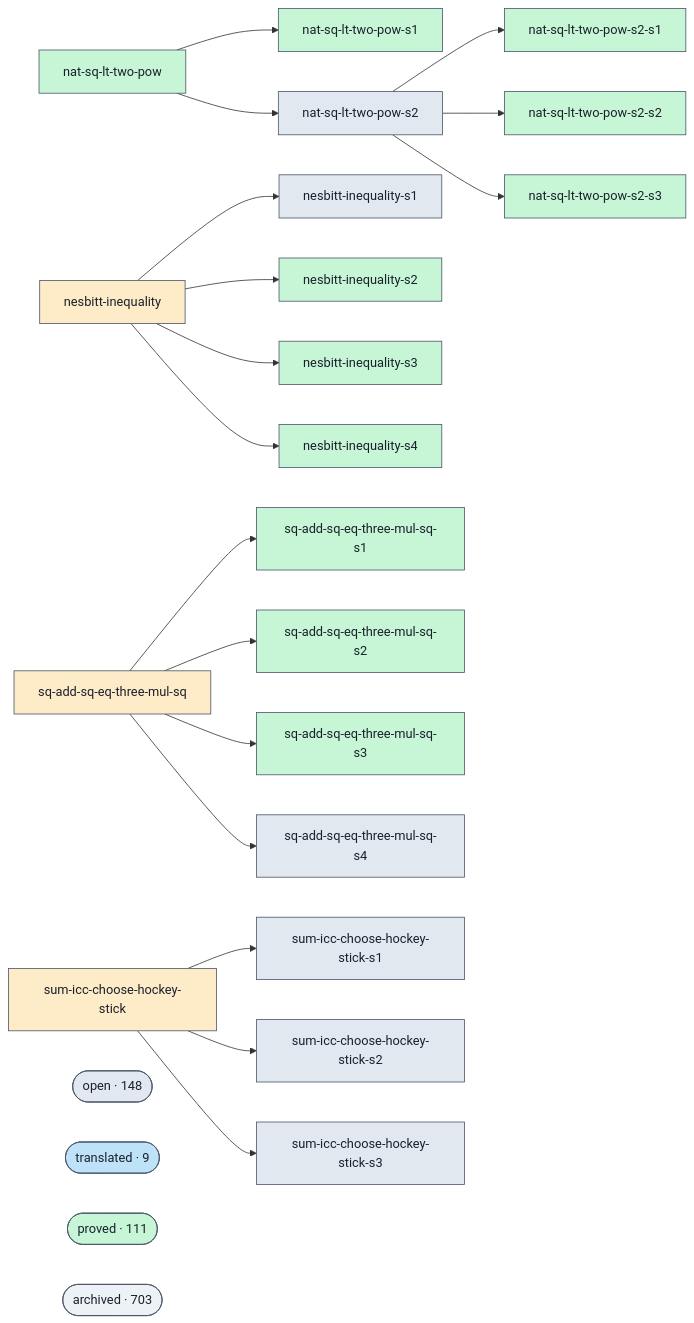
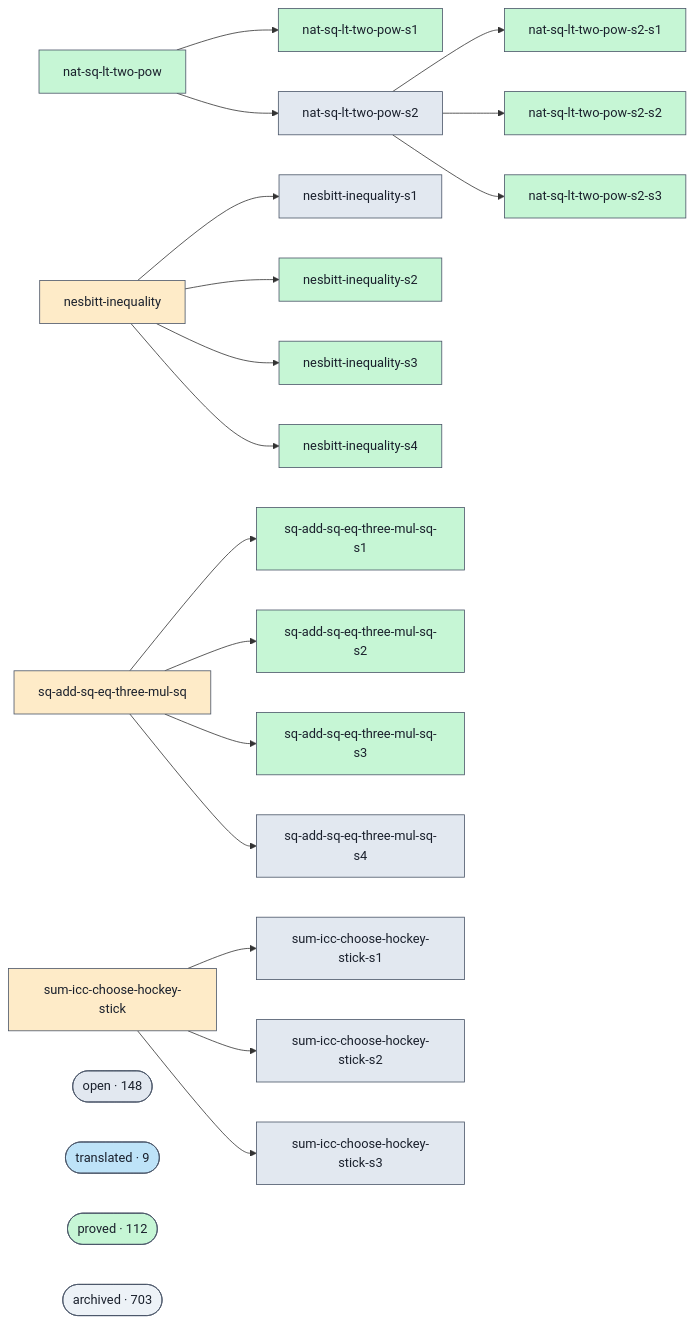
One commit to ohdearquant/unsorry changed the diagram in docs/proofs-contributors-visualisation.md. Above: the diagram before and after it, drawn with Mermaid. The commit also changed other lines of this file and 2 other files, not shown here.

```diff
--- a/docs/proofs-contributors-visualisation.md
+++ b/docs/proofs-contributors-visualisation.md
@@ -102,7 +102,7 @@
   class cluster_open open;
   cluster_translated(["translated · 9"])
   class cluster_translated translated;
-  cluster_proved(["proved · 111"])
+  cluster_proved(["proved · 112"])
   class cluster_proved proved;
   cluster_archived(["archived · 703"])
   class cluster_archived unknown;
```
